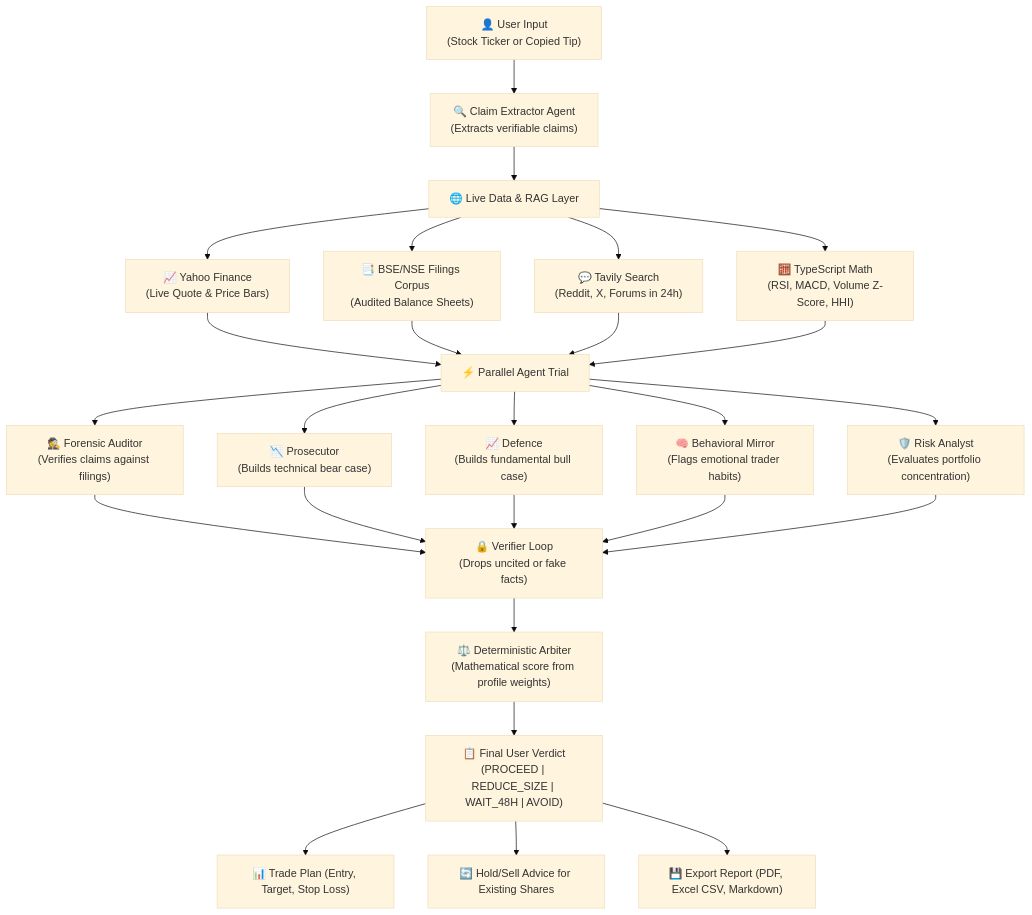
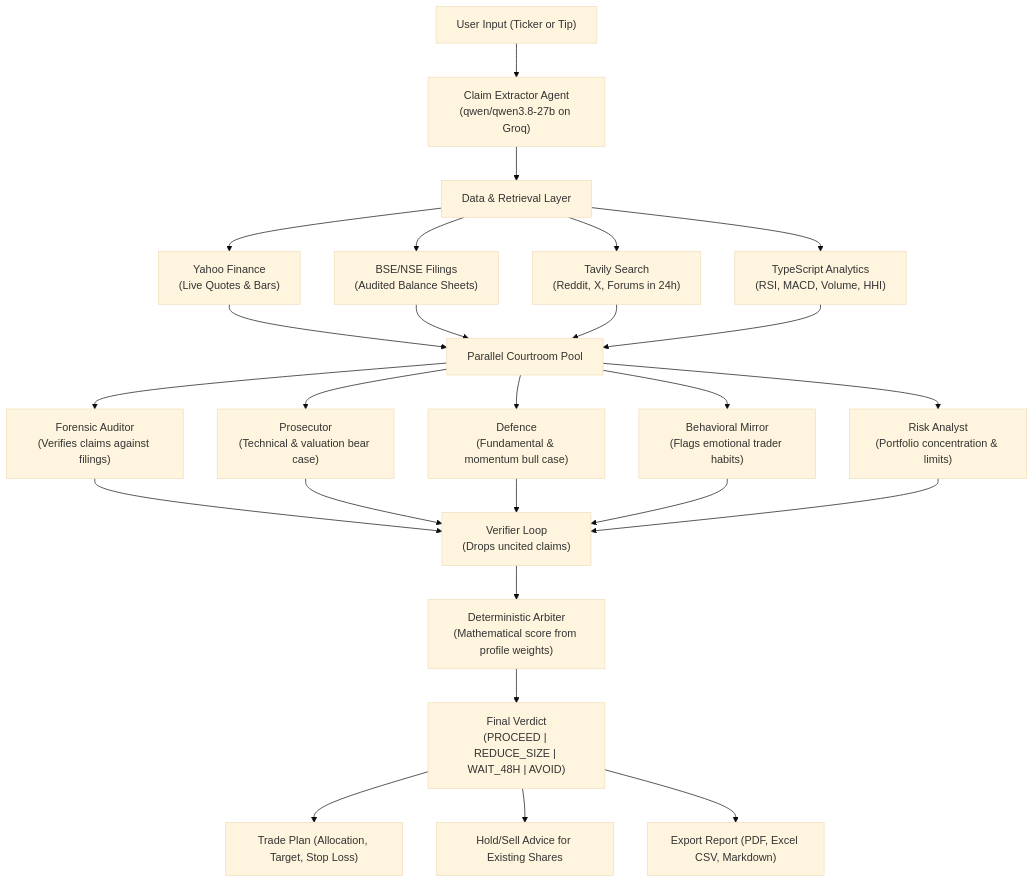
One commit to tech-anupam/VibeFinance changed the diagram in README.md. Above: the diagram before and after it, drawn with Mermaid (base theme). The commit also changed other lines of this file, not shown here.

````diff
--- a/README.md
+++ b/README.md
@@ -82,34 +82,34 @@
 ```mermaid
 flowchart TD
-    A["👤 User Input<br/>(Stock Ticker or Copied Tip)"] --> B["🔍 Claim Extractor Agent<br/>(Extracts verifiable claims)"]
+    A["User Input (Ticker or Tip)"] --> B["Claim Extractor Agent<br/>(qwen/qwen3.8-27b on Groq)"]
 
-    B --> C["🌐 Live Data & RAG Layer"]
-    C --> C1["📈 Yahoo Finance<br/>(Live Quote & Price Bars)"]
-    C --> C2["📑 BSE/NSE Filings Corpus<br/>(Audited Balance Sheets)"]
-    C --> C3["💬 Tavily Search<br/>(Reddit, X, Forums in 24h)"]
-    C --> C4["🧮 TypeScript Math<br/>(RSI, MACD, Volume Z-Score, HHI)"]
+    B --> C["Data & Retrieval Layer"]
+    C --> C1["Yahoo Finance<br/>(Live Quotes & Bars)"]
+    C --> C2["BSE/NSE Filings<br/>(Audited Balance Sheets)"]
+    C --> C3["Tavily Search<br/>(Reddit, X, Forums in 24h)"]
+    C --> C4["TypeScript Analytics<br/>(RSI, MACD, Volume, HHI)"]
 
-    C1 --> D["⚡ Parallel Agent Trial"]
+    C1 --> D["Parallel Courtroom Pool"]
     C2 --> D
     C3 --> D
     C4 --> D
 
-    D --> E1["🕵️ Forensic Auditor<br/>(Verifies claims against filings)"]
-    D --> E2["📉 Prosecutor<br/>(Builds technical bear case)"]
-    D --> E3["📈 Defence<br/>(Builds fundamental bull case)"]
-    D --> E4["🧠 Behavioral Mirror<br/>(Flags emotional trader habits)"]
-    D --> E5["🛡️ Risk Analyst<br/>(Evaluates portfolio concentration)"]
+    D --> E1["Forensic Auditor<br/>(Verifies claims against filings)"]
+    D --> E2["Prosecutor<br/>(Technical & valuation bear case)"]
+    D --> E3["Defence<br/>(Fundamental & momentum bull case)"]
+    D --> E4["Behavioral Mirror<br/>(Flags emotional trader habits)"]
+    D --> E5["Risk Analyst<br/>(Portfolio concentration & limits)"]
 
-    E1 --> F["🔒 Verifier Loop<br/>(Drops uncited or fake facts)"]
+    E1 --> F["Verifier Loop<br/>(Drops uncited claims)"]
     E2 --> F
     E3 --> F
     E4 --> F
     E5 --> F
 
-    F --> G["⚖️ Deterministic Arbiter<br/>(Mathematical score from profile weights)"]
+    F --> G["Deterministic Arbiter<br/>(Mathematical score from profile weights)"]
 
-    G --> H["📋 Final User Verdict<br/>(PROCEED | REDUCE_SIZE | WAIT_48H | AVOID)"]
-    H --> I["📊 Trade Plan (Entry, Target, Stop Loss)"]
-    H --> J["🔄 Hold/Sell Advice for Existing Shares"]
-    H --> K["💾 Export Report (PDF, Excel CSV, Markdown)"]
+    G --> H["Final Verdict<br/>(PROCEED | REDUCE_SIZE | WAIT_48H | AVOID)"]
+    H --> I["Trade Plan (Allocation, Target, Stop Loss)"]
+    H --> J["Hold/Sell Advice for Existing Shares"]
+    H --> K["Export Report (PDF, Excel CSV, Markdown)"]
 ```
````
